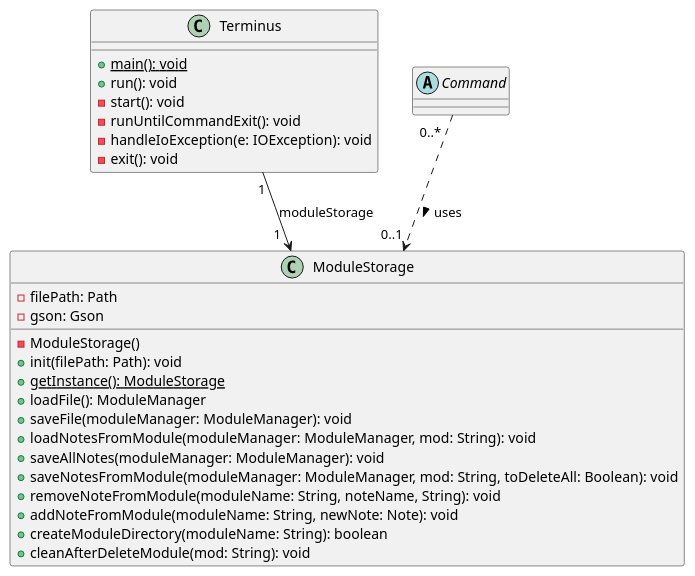
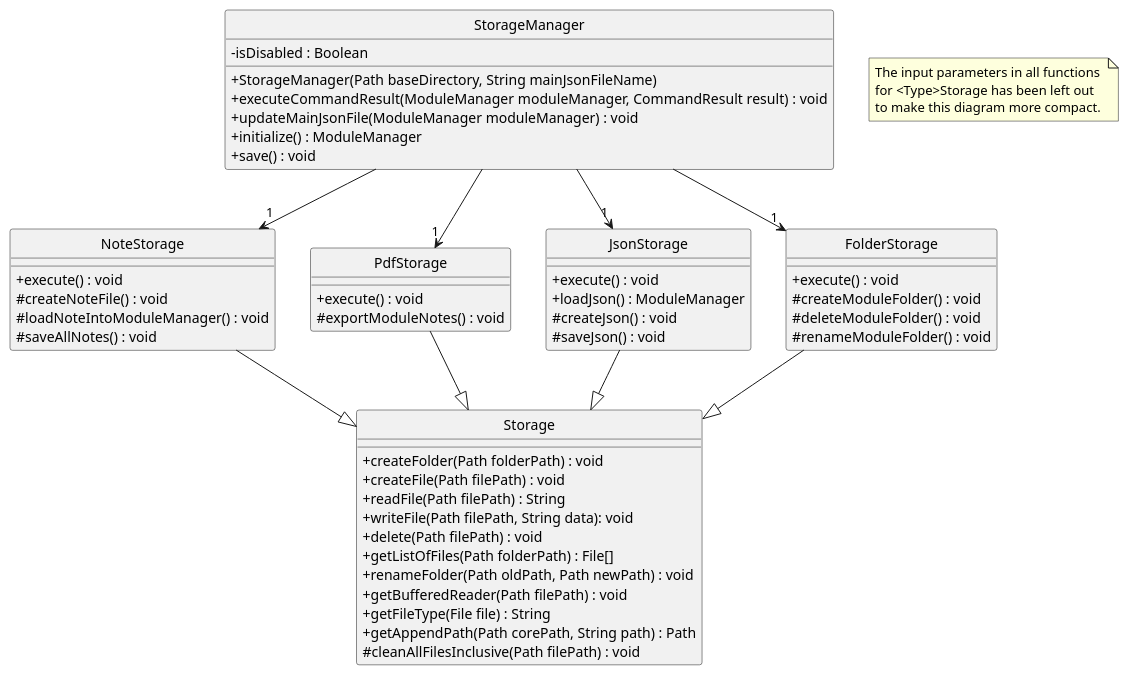
The diagram in docs/uml/storage/Storage.puml (nus-cs2113-AY2122S1/tp), drawn with PlantUML before and after one commit. The commit also changed 1 other file, not shown here.

Commit message:
Update Storage class diagram for DG

```diff
--- a/docs/uml/storage/Storage.puml
+++ b/docs/uml/storage/Storage.puml
@@ -1,52 +1,84 @@
 @startuml
 'https://plantuml.com/class-diagram
 
-
+hide circle
+skinparam classAttributeIconSize 0
 
 'abstract class DGS
 'abstract AbstractCollection
 'interface List
 'interface Collection
 '
 'List <|-- AbstractList
 'Collection -- AbstractCollection
 '
 'Collection <|- List
 'AbstractCollection <|- AbstractList
 'AbstractList <|-- ArrayList
 
-Terminus "1" --> "1  " ModuleStorage: moduleStorage
+StorageManager --> "1" NoteStorage
+StorageManager --> "1" PdfStorage
+StorageManager --> "1" JsonStorage
+StorageManager --> "1" FolderStorage
 
-Command "0..*  " ..> "0..1 " ModuleStorage: uses >
 
-class Terminus {
-  + main(): void {static}
-  + run(): void
-  - start(): void
-  - runUntilCommandExit(): void
-  - handleIoException(e: IOException): void
-  - exit(): void
+
+NoteStorage --|> Storage
+PdfStorage --|> Storage
+JsonStorage --|> Storage
+FolderStorage --|> Storage
+
+class StorageManager {
+  - isDisabled : Boolean
+  + StorageManager(Path baseDirectory, String mainJsonFileName)
+  + executeCommandResult(ModuleManager moduleManager, CommandResult result) : void
+  + updateMainJsonFile(ModuleManager moduleManager) : void
+  + initialize() : ModuleManager
+  + save() : void
 }
 
-class ModuleStorage {
-  - filePath: Path
-  - gson: Gson
-  - ModuleStorage()
-  + init(filePath: Path): void
-  + getInstance(): ModuleStorage {static}
-  + loadFile(): ModuleManager
-  + saveFile(moduleManager: ModuleManager): void
-  + loadNotesFromModule(moduleManager: ModuleManager, mod: String): void
-  + saveAllNotes(moduleManager: ModuleManager): void
-  + saveNotesFromModule(moduleManager: ModuleManager, mod: String, toDeleteAll: Boolean): void
-  + removeNoteFromModule(moduleName: String, noteName, String): void
-  + addNoteFromModule(moduleName: String, newNote: Note): void
-  + createModuleDirectory(moduleName: String): boolean
-  + cleanAfterDeleteModule(mod: String): void
+class NoteStorage {
+  + execute() : void
+  # createNoteFile() : void
+  # loadNoteIntoModuleManager() : void
+  # saveAllNotes() : void
 }
 
-abstract Command {
+class PdfStorage {
+  + execute() : void
+  # exportModuleNotes() : void
+}
+
+class JsonStorage {
+  + execute() : void
+  + loadJson() : ModuleManager
+  # createJson() : void
+  # saveJson() : void
+}
+
+class FolderStorage{
+  + execute() : void
+  # createModuleFolder() : void
+  # deleteModuleFolder() : void
+  # renameModuleFolder() : void
+}
+
+class Storage {
+ + createFolder(Path folderPath) : void
+ + createFile(Path filePath) : void
+ + readFile(Path filePath) : String
+ + writeFile(Path filePath, String data): void
+ + delete(Path filePath) : void
+ + getListOfFiles(Path folderPath) : File[]
+ + renameFolder(Path oldPath, Path newPath) : void
+ + getBufferedReader(Path filePath) : void
+ + getFileType(File file) : String
+ + getAppendPath(Path corePath, String path) : Path
+ # cleanAllFilesInclusive(Path filePath) : void
 
 }
 
+note "The input parameters in all functions \nfor <Type>Storage has been left out \nto make this diagram more compact." as note1
+
+
 @enduml
```
